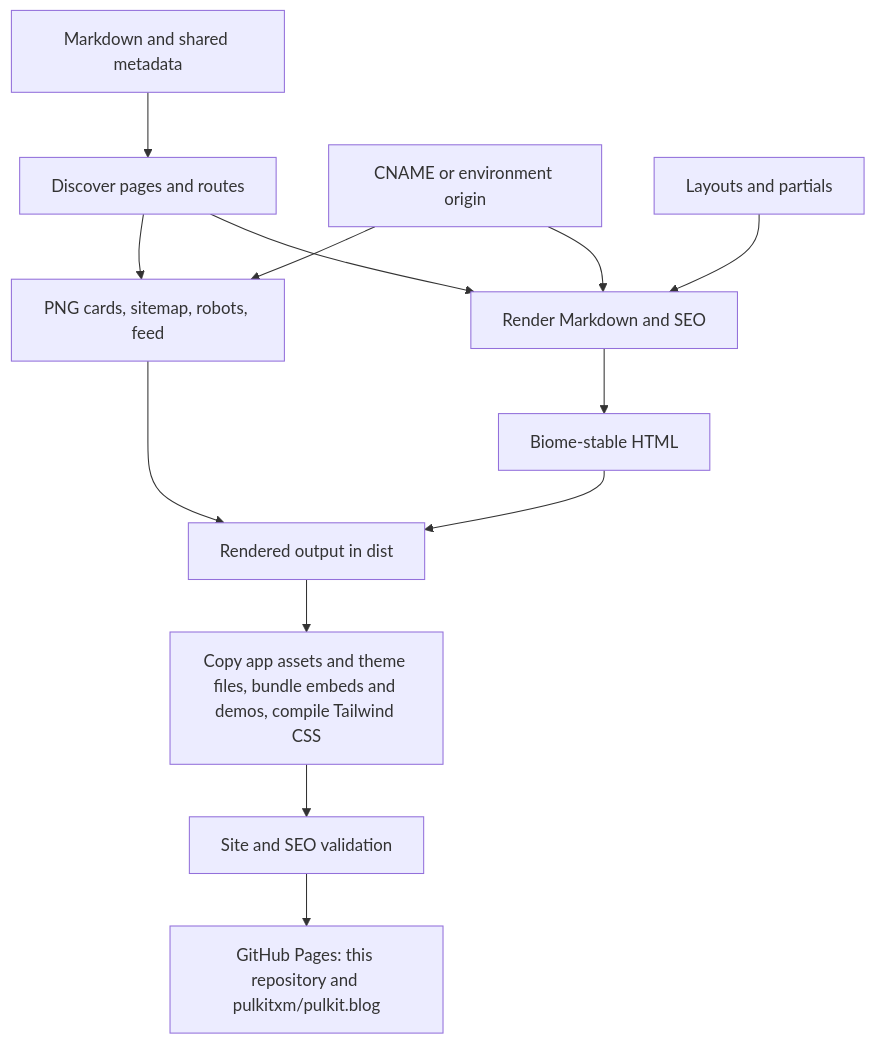
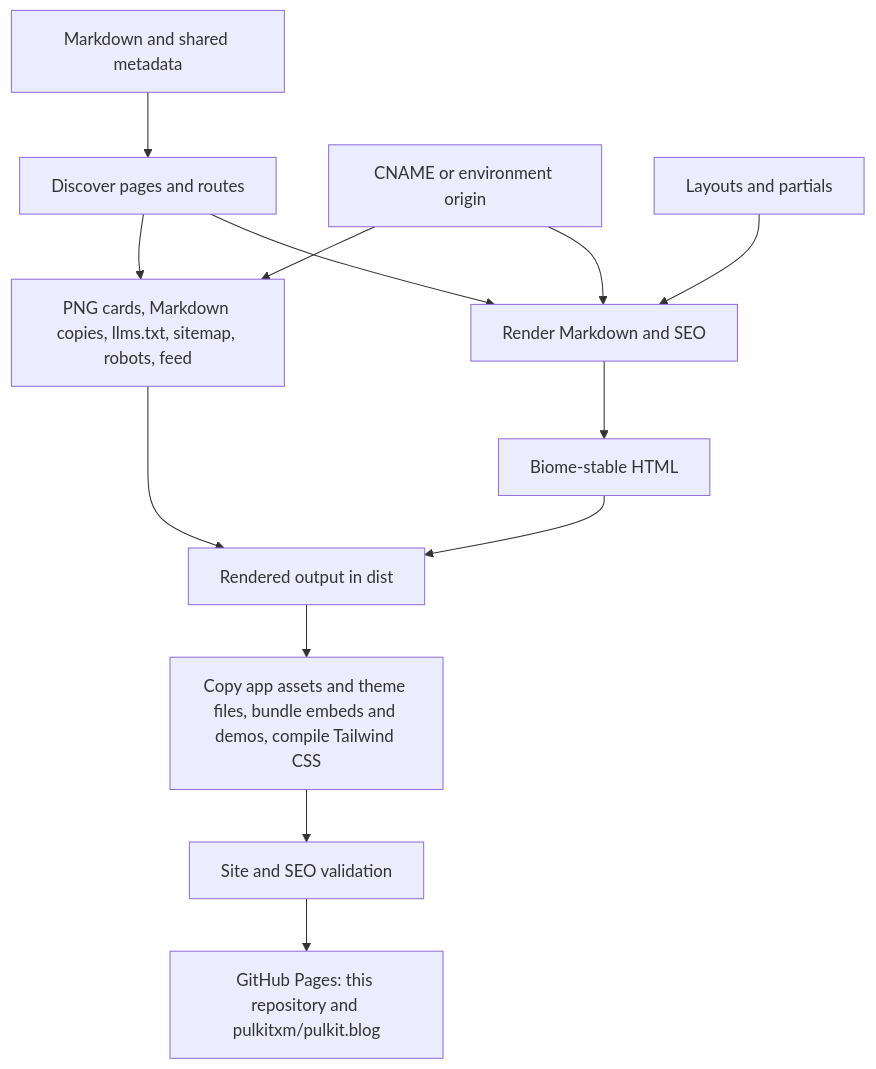
One commit to pulkitxm/pulkit.page changed the diagram in docs/rendering-flow.md. Above: the diagram before and after it, drawn with Mermaid. The commit also changed other lines of this file and 20 other files, not shown here.

Commit message:
Publish every page of pulkit.page and pulkit.blog as Markdown with llms.txt (#31)

````diff
--- a/docs/rendering-flow.md
+++ b/docs/rendering-flow.md
@@ -7,15 +7,15 @@
 ```mermaid
 flowchart TD
   A[Markdown and shared metadata] --> B[Discover pages and routes]
   O[CNAME or environment origin] --> C[Render Markdown and SEO]
   B --> C
   L[Layouts and partials] --> C
   C --> D[Biome-stable HTML]
-  B --> E[PNG cards, sitemap, robots, feed]
+  B --> E[PNG cards, Markdown copies, llms.txt, sitemap, robots, feed]
   O --> E
   D --> F[Rendered output in dist]
   E --> F
   F --> I[Copy app assets and theme files, bundle embeds and demos, compile Tailwind CSS]
   I --> J[Site and SEO validation]
   J --> K[GitHub Pages: this repository and pulkitxm/pulkit.blog]
 ```
````
